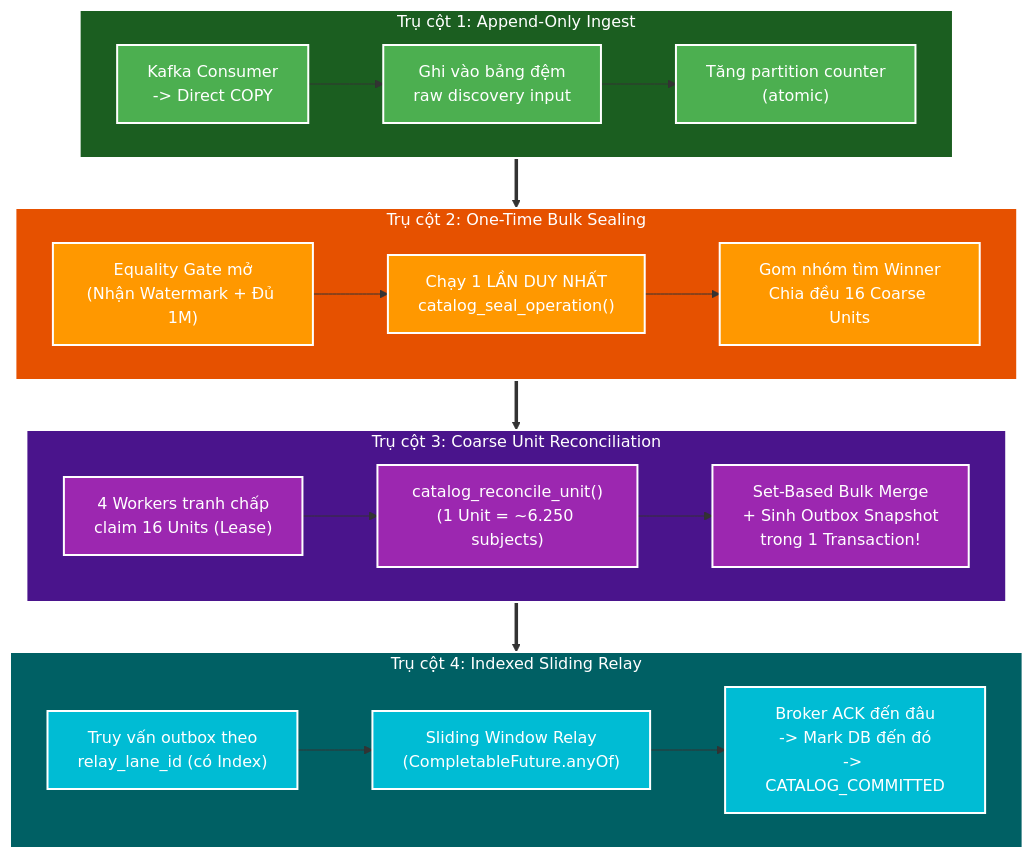
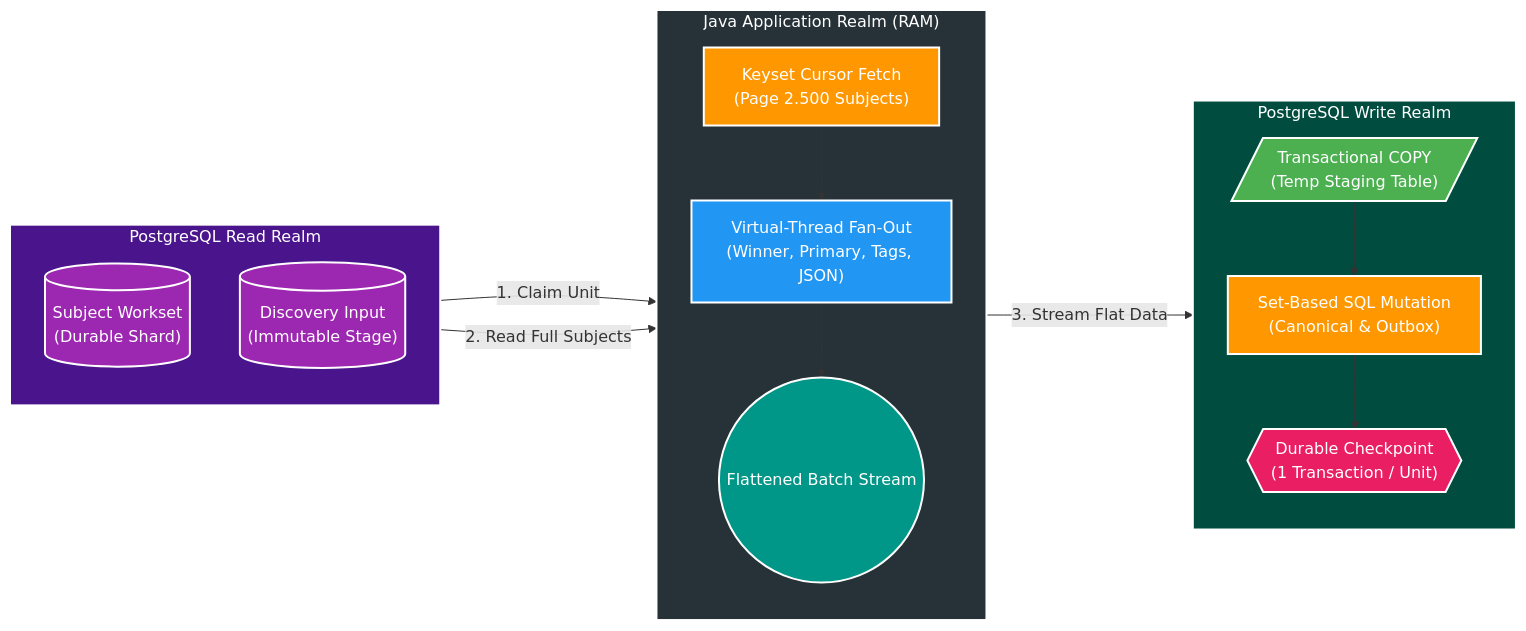
Before and after one commit to HungPhan200591/file-mngt-be-v2: the third of 3 diagrams in manual/learning/deep-dive/catalog-service/01-catalog-coalescing-and-reconciliation-deep-dive.md, drawn with Mermaid. The commit also changed other lines of this file and 24 other files, not shown here.

Commit message:
feat: implement hybrid streaming reconciliation with Java reduction and set-based persistence

````diff
--- a/manual/learning/deep-dive/catalog-service/01-catalog-coalescing-and-reconciliation-deep-dive.md
+++ b/manual/learning/deep-dive/catalog-service/01-catalog-coalescing-and-reconciliation-deep-dive.md
@@ -191,41 +213,36 @@
 ```mermaid
-flowchart TD
-    subgraph P1["Trụ cột 1: Append-Only Ingest"]
-        C1["Kafka Consumer\n-> Direct COPY"] --> C2["Ghi vào bảng đệm\nraw discovery input"]
-        C2 --> C3["Tăng partition counter\n(atomic)"]
+flowchart LR
+    subgraph DBR["PostgreSQL Read Realm"]
+        direction TB
+        WORK[("Subject Workset\n(Durable Shard)")]
+        INPUT[("Discovery Input\n(Immutable Stage)")]
     end
-
-    subgraph P2["Trụ cột 2: One-Time Bulk Sealing"]
-        S1["Equality Gate mở\n(Nhận Watermark + Đủ 1M)"] --> S2["Chạy 1 LẦN DUY NHẤT\ncatalog_seal_operation()"]
-        S2 --> S3["Gom nhóm tìm Winner\nChia đều 16 Coarse Units"]
+    subgraph JVM["Java Application Realm (RAM)"]
+        direction TB
+        FETCH["Keyset Cursor Fetch\n(Page 2.500 Subjects)"]
+        REDUCE["Virtual-Thread Fan-Out\n(Winner, Primary, Tags, JSON)"]
+        STREAM(("Flattened Batch Stream"))
+        FETCH --> REDUCE --> STREAM
     end
-
-    subgraph P3["Trụ cột 3: Coarse Unit Reconciliation"]
-        U1["4 Workers tranh chấp\nclaim 16 Units (Lease)"] --> U2["catalog_reconcile_unit()\n(1 Unit = ~6.250 subjects)"]
-        U2 --> U3["Set-Based Bulk Merge\n+ Sinh Outbox Snapshot\ntrong 1 Transaction!"]
+    subgraph DBW["PostgreSQL Write Realm"]
+        direction TB
+        COPY[/"Transactional COPY\n(Temp Staging Table)"/]
+        APPLY["Set-Based SQL Mutation\n(Canonical & Outbox)"]
+        CHECK{{"Durable Checkpoint\n(1 Transaction / Unit)"}}
+        COPY --> APPLY --> CHECK
     end
-
-    subgraph P4["Trụ cột 4: Indexed Sliding Relay"]
-        R1["Truy vấn outbox theo\nrelay_lane_id (có Index)"] --> R2["Sliding Window Relay\n(CompletableFuture.anyOf)"]
-        R2 --> R3["Broker ACK đến đâu\n-> Mark DB đến đó\n-> CATALOG_COMMITTED"]
-    end
-
-    P1 ==> P2 ==> P3 ==> P4
-
-    style P1 fill:#1B5E20,stroke:#fff,stroke-width:2px,color:#fff
-    style C1 fill:#4CAF50,stroke:#fff,stroke-width:2px,color:#fff
-    style C2 fill:#4CAF50,stroke:#fff,stroke-width:2px,color:#fff
-    style C3 fill:#4CAF50,stroke:#fff,stroke-width:2px,color:#fff
-    style P2 fill:#E65100,stroke:#fff,stroke-width:2px,color:#fff
-    style S1 fill:#FF9800,stroke:#fff,stroke-width:2px,color:#fff
-    style S2 fill:#FF9800,stroke:#fff,stroke-width:2px,color:#fff
-    style S3 fill:#FF9800,stroke:#fff,stroke-width:2px,color:#fff
-    style P3 fill:#4A148C,stroke:#fff,stroke-width:2px,color:#fff
-    style U1 fill:#9C27B0,stroke:#fff,stroke-width:2px,color:#fff
-    style U2 fill:#9C27B0,stroke:#fff,stroke-width:2px,color:#fff
-    style U3 fill:#9C27B0,stroke:#fff,stroke-width:2px,color:#fff
-    style P4 fill:#006064,stroke:#fff,stroke-width:2px,color:#fff
-    style R1 fill:#00BCD4,stroke:#fff,stroke-width:2px,color:#fff
-    style R2 fill:#00BCD4,stroke:#fff,stroke-width:2px,color:#fff
-    style R3 fill:#00BCD4,stroke:#fff,stroke-width:2px,color:#fff
+    WORK -->|"1. Claim Unit"| FETCH
+    INPUT -->|"2. Read Full Subjects"| FETCH
+    STREAM -->|"3. Stream Flat Data"| COPY
+    style DBR fill:#4A148C,stroke:#fff,stroke-width:2px,color:#fff
+    style WORK fill:#9C27B0,stroke:#fff,stroke-width:2px,color:#fff
+    style INPUT fill:#9C27B0,stroke:#fff,stroke-width:2px,color:#fff
+    style JVM fill:#263238,stroke:#fff,stroke-width:2px,color:#fff
+    style FETCH fill:#FF9800,stroke:#fff,stroke-width:2px,color:#fff
+    style REDUCE fill:#2196F3,stroke:#fff,stroke-width:2px,color:#fff
+    style STREAM fill:#009688,stroke:#fff,stroke-width:2px,color:#fff
+    style DBW fill:#004D40,stroke:#fff,stroke-width:2px,color:#fff
+    style COPY fill:#4CAF50,stroke:#fff,stroke-width:2px,color:#fff
+    style APPLY fill:#FF9800,stroke:#fff,stroke-width:2px,color:#fff
+    style CHECK fill:#E91E63,stroke:#fff,stroke-width:2px,color:#fff
 ```
````
